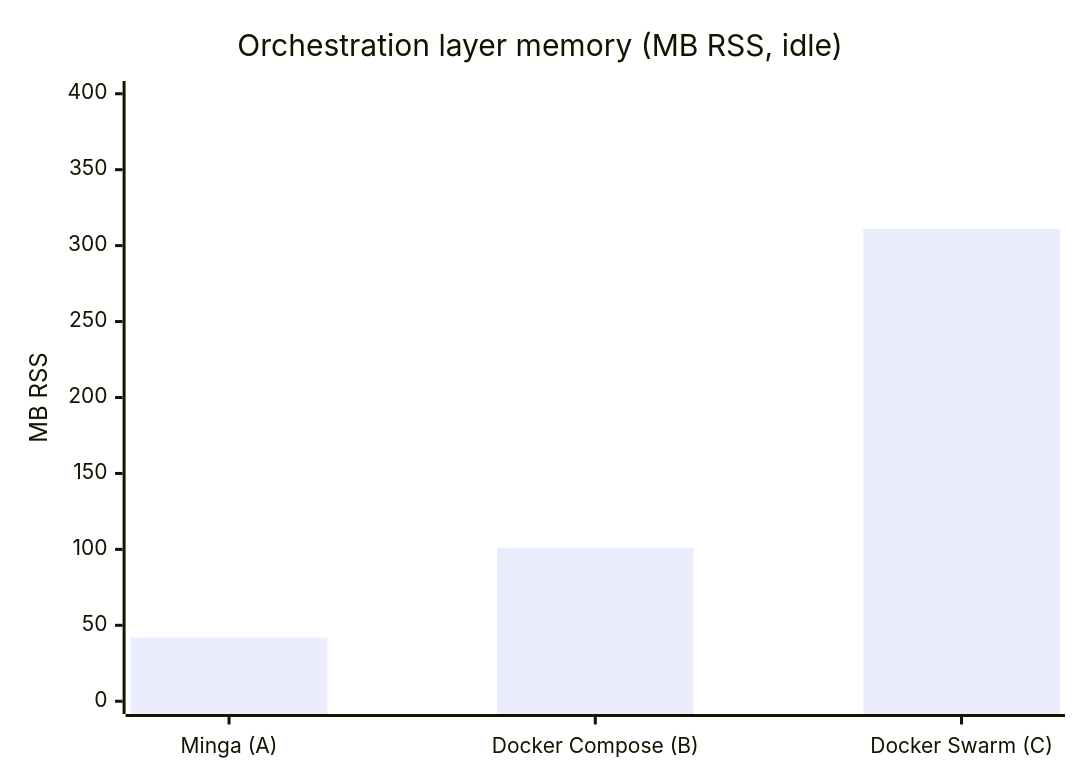
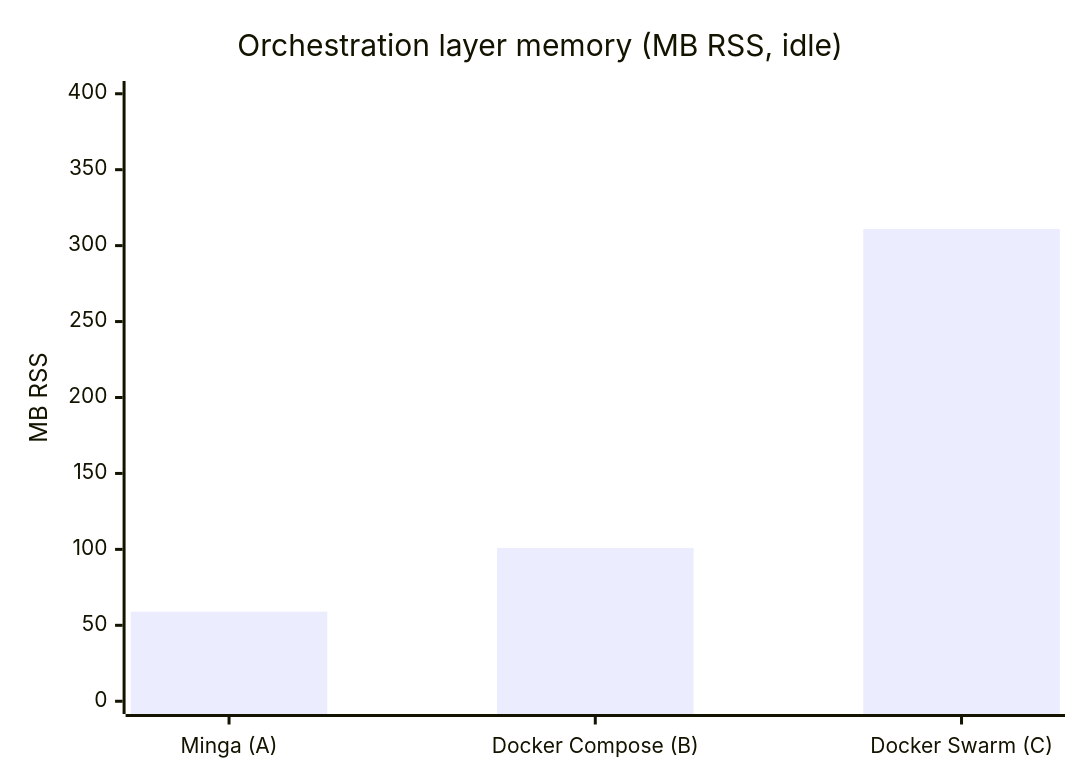
One commit to lithqube/minga changed the first of 2 diagrams in docs/benchmark.md. Above: the diagram before and after it, drawn with Mermaid. The commit also changed other lines of this file, not shown here.

````diff
--- a/docs/benchmark.md
+++ b/docs/benchmark.md
@@ -45,7 +48,7 @@
 ```mermaid
 xychart-beta
     title "Orchestration layer memory (MB RSS, idle)"
     x-axis ["Minga (A)", "Docker Compose (B)", "Docker Swarm (C)"]
     y-axis "MB RSS" 0 --> 400
-    bar [42, 101, 311]
+    bar [59, 101, 311]
 ```
````
